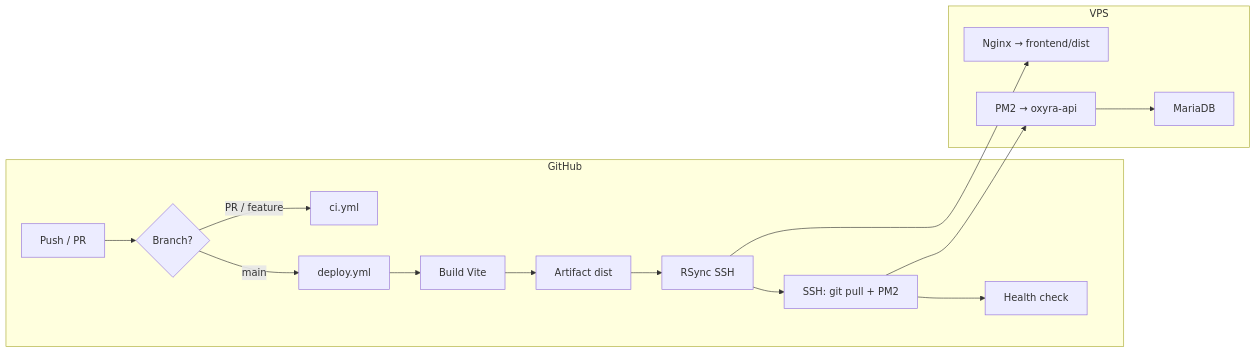
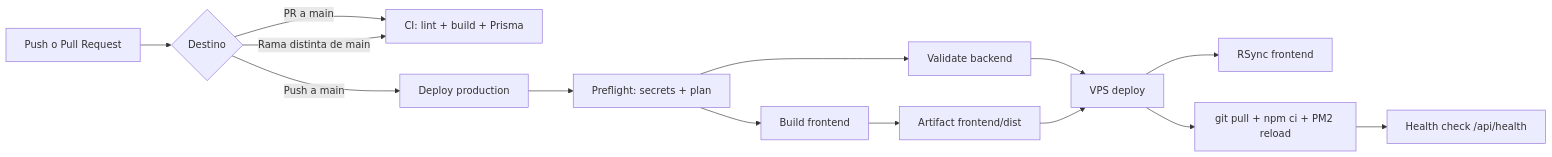
The diagram in .github/DEPLOYMENT.md (Cyod75/Pruebas-Oxyra), drawn with Mermaid before and after one commit. The commit also changed other lines of this file and 2 other files, not shown here.

````diff
--- a/.github/DEPLOYMENT.md
+++ b/.github/DEPLOYMENT.md
@@ -9,18 +7,16 @@
 ```mermaid
 flowchart LR
-  subgraph GitHub
-    A[Push / PR] --> B{Branch?}
-    B -->|PR / feature| C[ci.yml]
-    B -->|main| D[deploy.yml]
-    D --> E[Build Vite]
-    E --> F[Artifact dist]
-    F --> G[RSync SSH]
-    G --> H[SSH: git pull + PM2]
-    H --> I[Health check]
-  end
-  subgraph VPS
-    G --> J[Nginx → frontend/dist]
-    H --> K[PM2 → oxyra-api]
-    K --> L[MariaDB]
-  end
+  A[Push o Pull Request] --> B{Destino}
+  B -->|PR a main| C[CI: lint + build + Prisma]
+  B -->|Rama distinta de main| C
+  B -->|Push a main| D[Deploy production]
+  D --> E[Preflight: secrets + plan]
+  E --> F[Build frontend]
+  E --> G[Validate backend]
+  F --> H[Artifact frontend/dist]
+  G --> I[VPS deploy]
+  H --> I
+  I --> J[RSync frontend]
+  I --> K[git pull + npm ci + PM2 reload]
+  K --> L[Health check /api/health]
 ```
````
